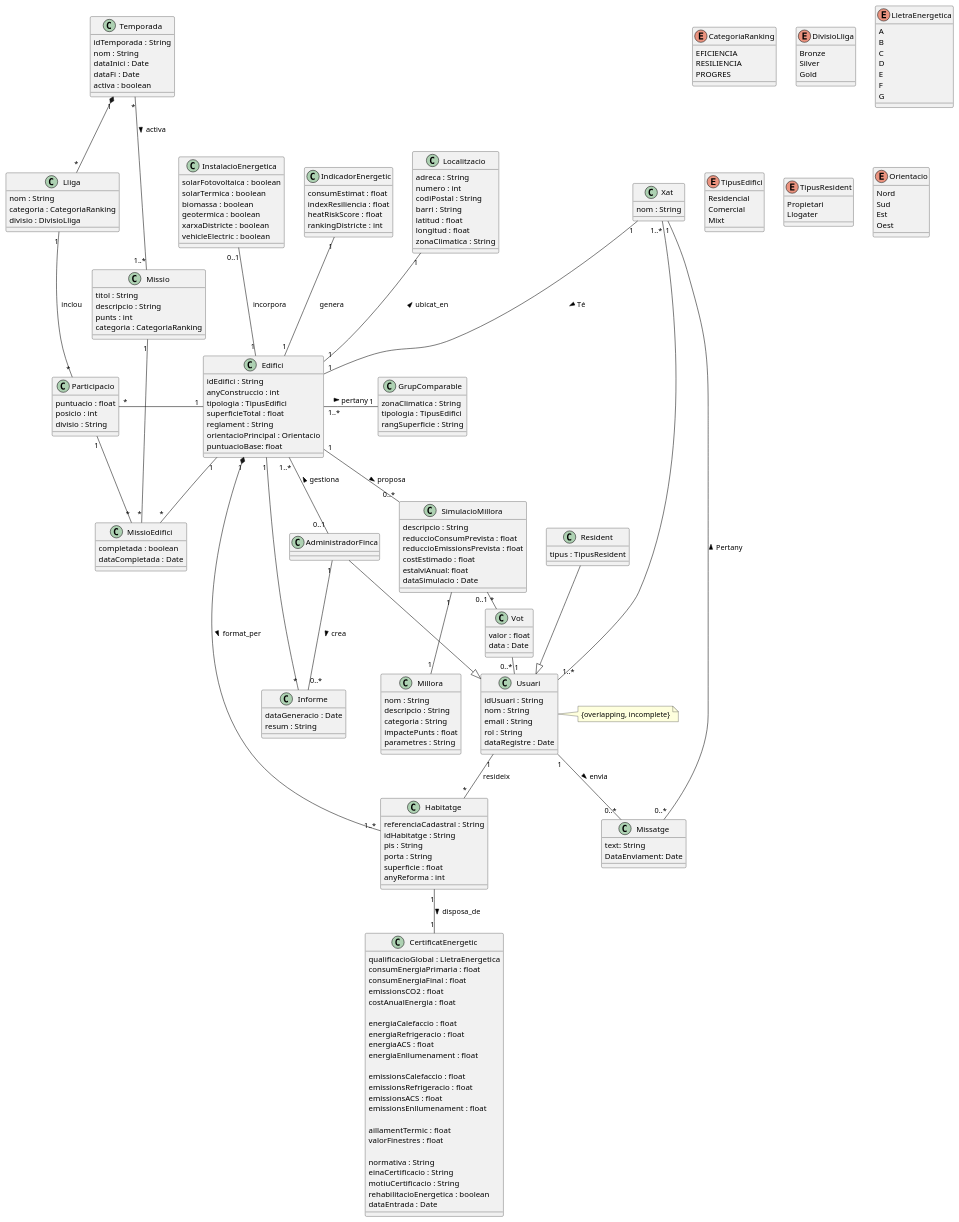
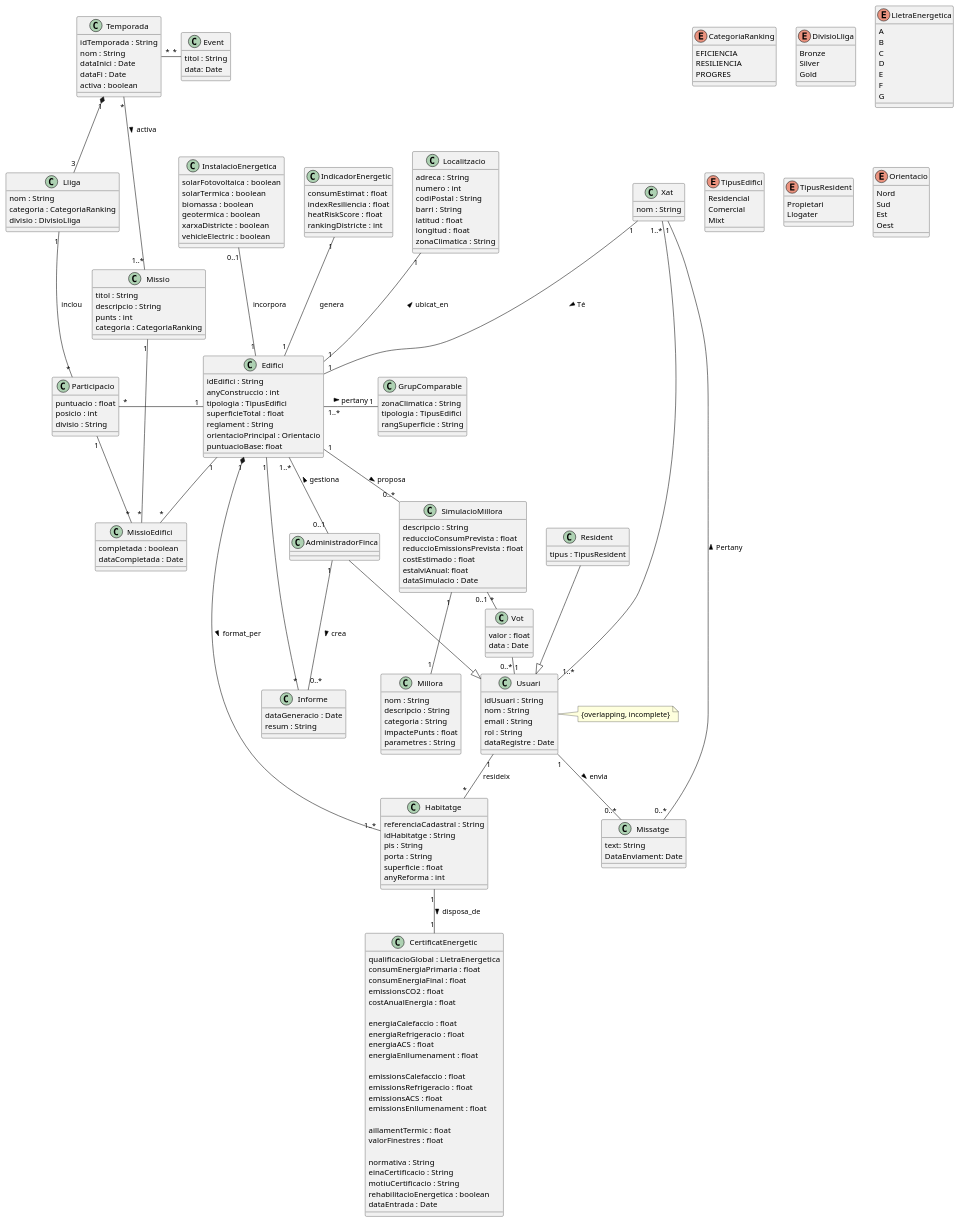
Before and after one commit to ScoreLab-Team/Backend-BuildRank: the diagram in src/diagram.puml, drawn with PlantUML. The commit also changed 1 other file, not shown here.

```diff
--- a/src/diagram.puml
+++ b/src/diagram.puml
@@ -1,4 +1,4 @@
-@startuml
+ @startuml
 
 class Edifici {
     idEdifici : String
@@ -92,6 +92,10 @@
   activa : boolean
 }
 
+class Event {
+  titol : String
+  data: Date
+}
 class Lliga {
   nom : String
   categoria : CategoriaRanking
@@ -211,7 +215,8 @@
 Resident --|> Usuari
 AdministradorFinca "1" -- "0..*" Informe : crea >
 
-Temporada "1" *-- "*" Lliga
+Temporada "*" -right- "*" Event
+Temporada "1" *-- "3" Lliga
 Lliga "1" -- "*" Participacio : inclou
 Edifici "1" -left- "*" Participacio
 
```
